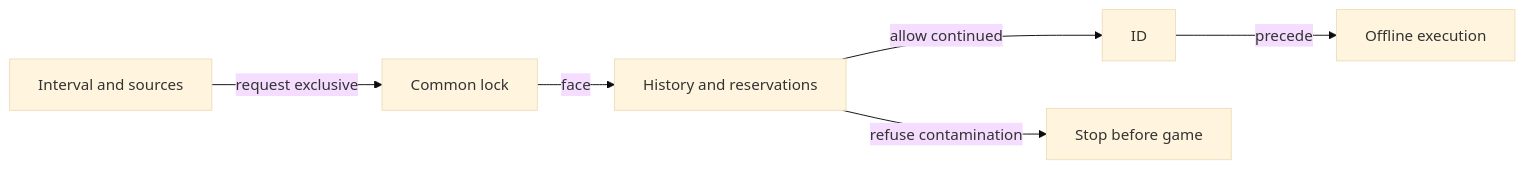
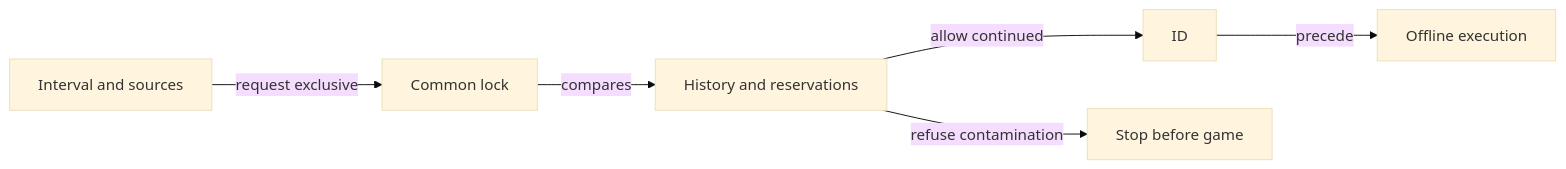
The diagram in docs/learning/ATF_EvaluationRegistry.md (crististefanita/atf_j4), drawn with Mermaid (base theme) before and after one commit. The commit also changed other lines of this file and 126 other files, not shown here.

````diff
--- a/docs/learning/ATF_EvaluationRegistry.md
+++ b/docs/learning/ATF_EvaluationRegistry.md
@@ -11,8 +11,8 @@
 ```mermaid
 flowchart LR
     REQUEST[Interval and sources] -->|request exclusive| LOCK[Common lock]
-    LOCK -->|face| HISTORY[History and reservations]
+    LOCK -->|compares| HISTORY[History and reservations]
     HISTORY -->|allow continued| RECEIPT[ID]
     HISTORY -->|refuse contamination| STOP[Stop before game]
     RECEIPT -->|precede| RUN[Offline execution]
 ```
````
